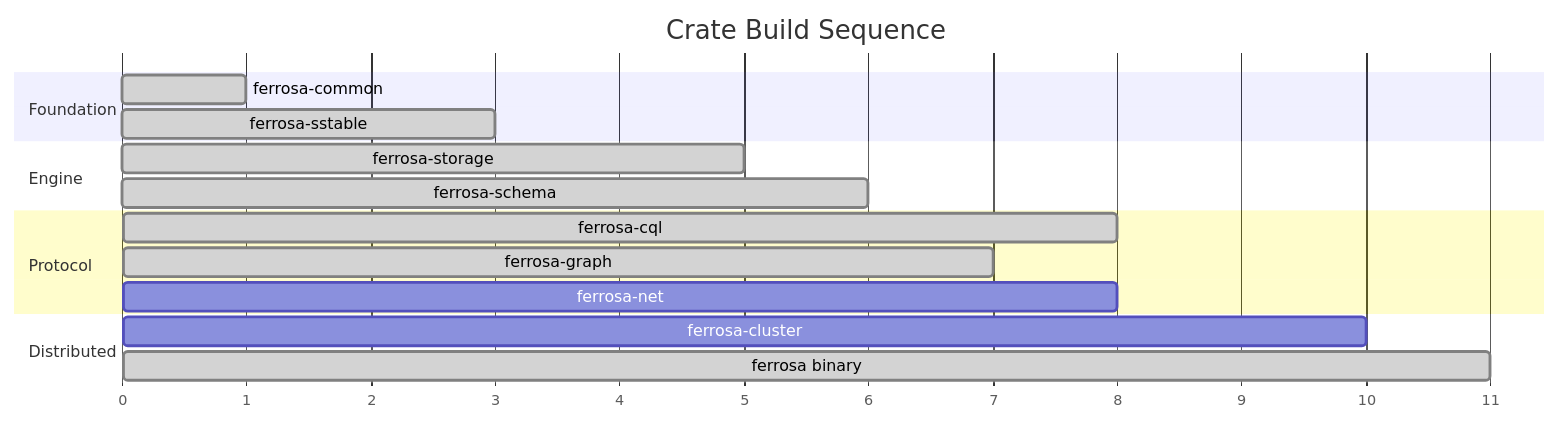
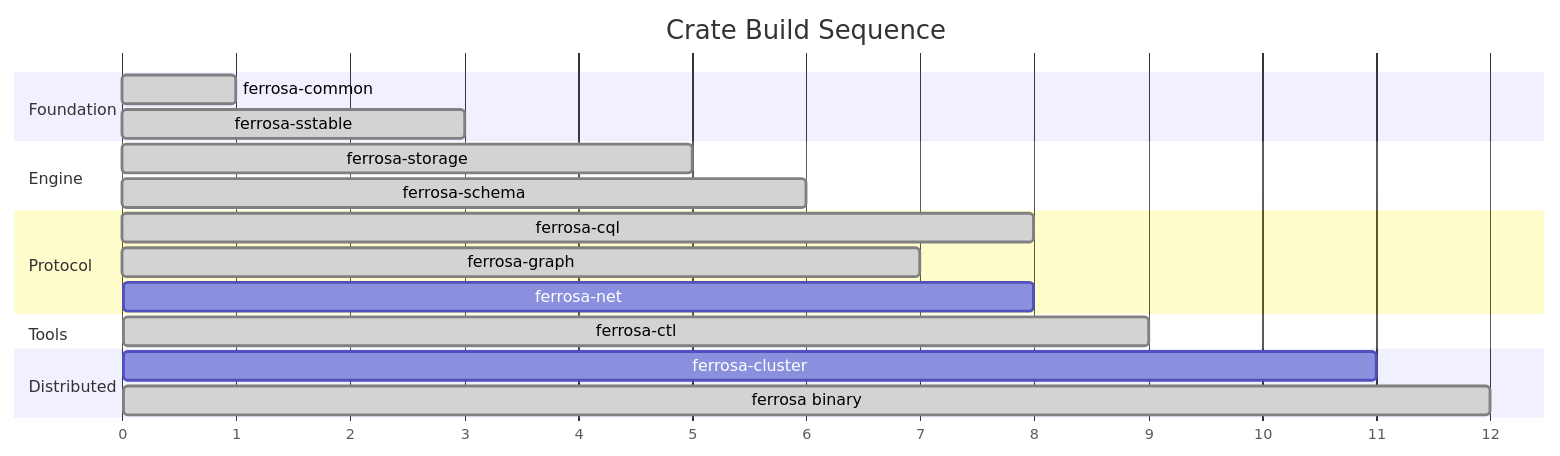
Before and after one commit to ferrosadb/ferrosa: the second of 2 diagrams in specs/components.md, drawn with Mermaid. The commit also changed other lines of this file and 7 other files, not shown here.

First line of the commit message:
docs: update architecture specs and marketing docs for observability

````diff
--- a/specs/components.md
+++ b/specs/components.md
@@ -192,23 +221,26 @@
 ```mermaid
 gantt
     title Crate Build Sequence
     dateFormat X
     axisFormat %s
 
     section Foundation
     ferrosa-common          :done, 0, 1
     ferrosa-sstable         :done, 1, 3
 
     section Engine
     ferrosa-storage         :done, 3, 5
     ferrosa-schema          :done, 5, 6
 
     section Protocol
     ferrosa-cql             :done, 6, 8
     ferrosa-graph           :done, 6, 7
     ferrosa-net             :7, 8
 
+    section Tools
+    ferrosa-ctl             :done, 8, 9
+
     section Distributed
-    ferrosa-cluster         :8, 10
-    ferrosa binary          :done, 10, 11
+    ferrosa-cluster         :9, 11
+    ferrosa binary          :done, 11, 12
 ```
````
